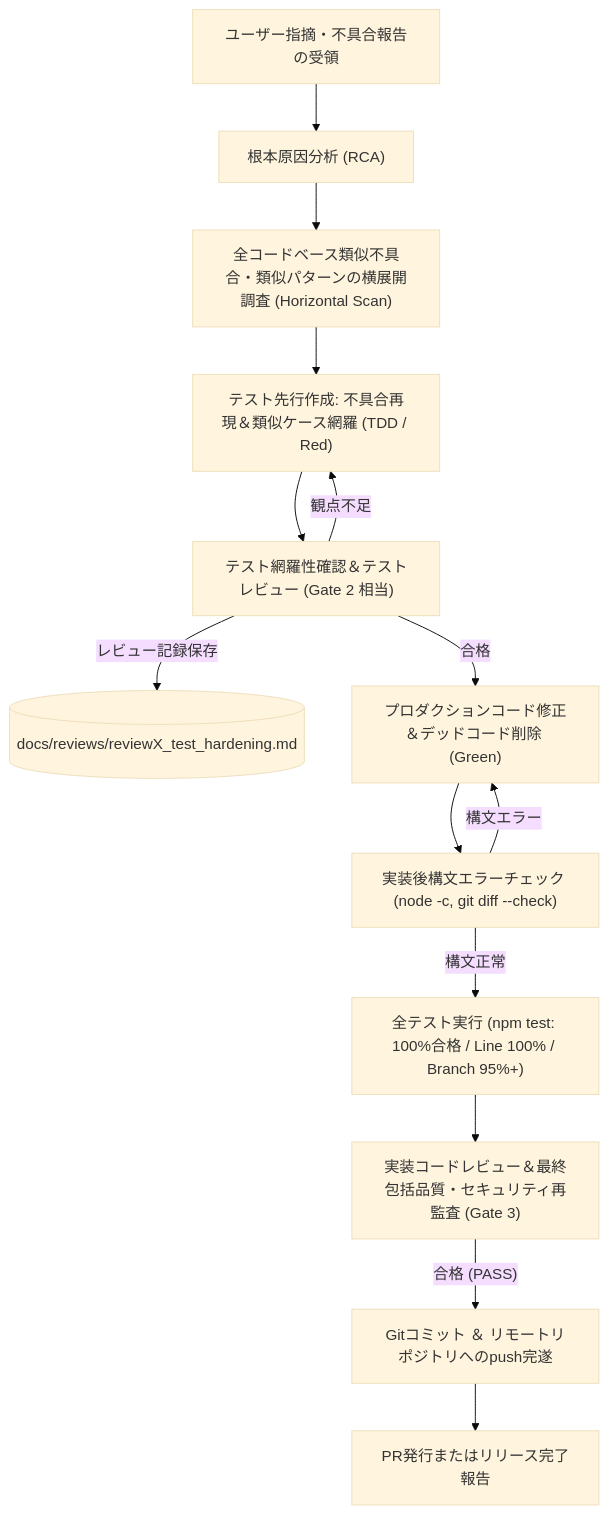
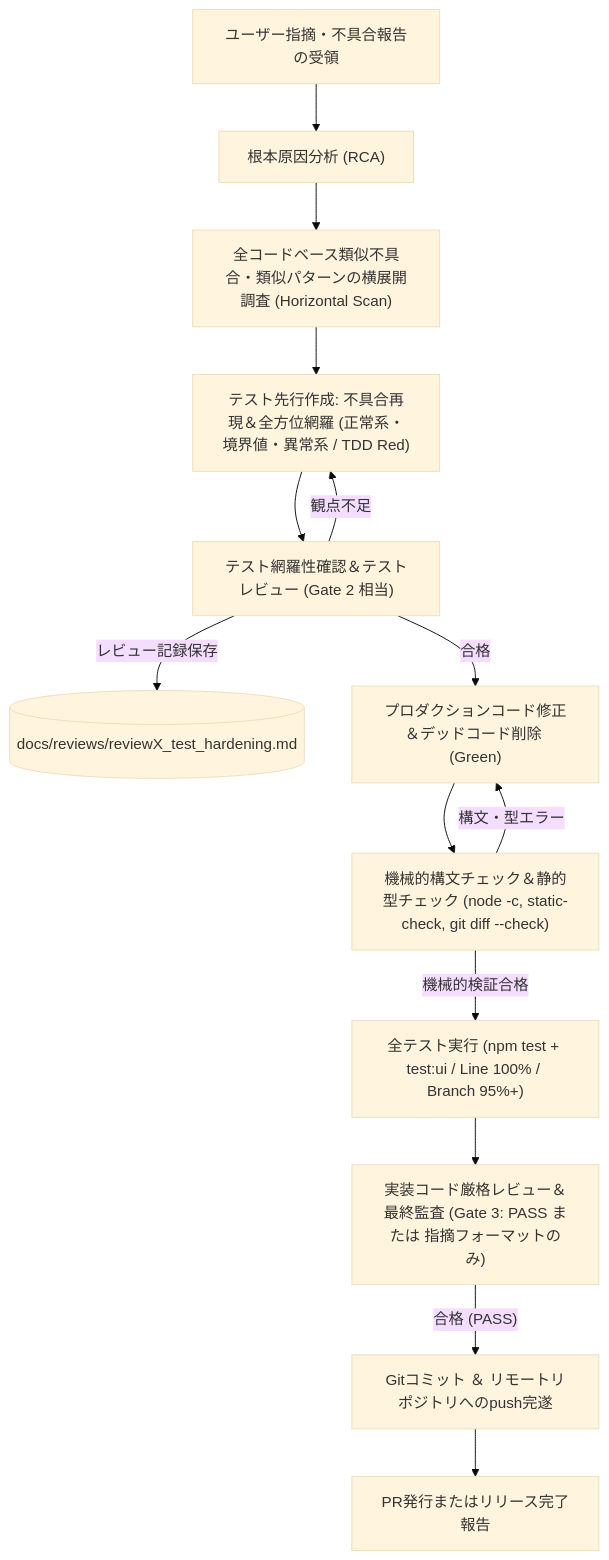
The second of 2 diagrams in docs/development_process.md (tekuteku-life/kogaidocs), drawn with Mermaid (base theme) before and after one commit. The commit also changed other lines of this file and 6 other files, not shown here.

````diff
--- a/docs/development_process.md
+++ b/docs/development_process.md
@@ -69,16 +73,16 @@
 ```mermaid
 flowchart TD
 	U1["ユーザー指摘・不具合報告の受領"] --> U2["根本原因分析 (RCA)"]
 	U2 --> U3["全コードベース類似不具合・類似パターンの横展開調査 (Horizontal Scan)"]
-	U3 --> U4["テスト先行作成: 不具合再現＆類似ケース網羅 (TDD / Red)"]
+	U3 --> U4["テスト先行作成: 不具合再現＆全方位網羅 (正常系・境界値・異常系 / TDD Red)"]
 	U4 --> U5["テスト網羅性確認＆テストレビュー (Gate 2 相当)"]
 	U5 -->|レビュー記録保存| D4[("docs/reviews/reviewX_test_hardening.md")]
 	U5 -- "観点不足" --> U4
 	U5 -- "合格" --> U6["プロダクションコード修正＆デッドコード削除 (Green)"]
-	U6 --> U7["実装後構文エラーチェック (node -c, git diff --check)"]
-	U7 -- "構文エラー" --> U6
-	U7 -- "構文正常" --> U8["全テスト実行 (npm test: 100%合格 / Line 100% / Branch 95%+)"]
-	U8 --> U9["実装コードレビュー＆最終包括品質・セキュリティ再監査 (Gate 3)"]
+	U6 --> U7["機械的構文チェック＆静的型チェック (node -c, static-check, git diff --check)"]
+	U7 -- "構文・型エラー" --> U6
+	U7 -- "機械的検証合格" --> U8["全テスト実行 (npm test + test:ui / Line 100% / Branch 95%+)"]
+	U8 --> U9["実装コード厳格レビュー＆最終監査 (Gate 3: PASS または 指摘フォーマットのみ)"]
 	U9 -- "合格 (PASS)" --> U10["Gitコミット ＆ リモートリポジトリへのpush完遂"]
 	U10 --> U11["PR発行またはリリース完了報告"]
 ```
````
